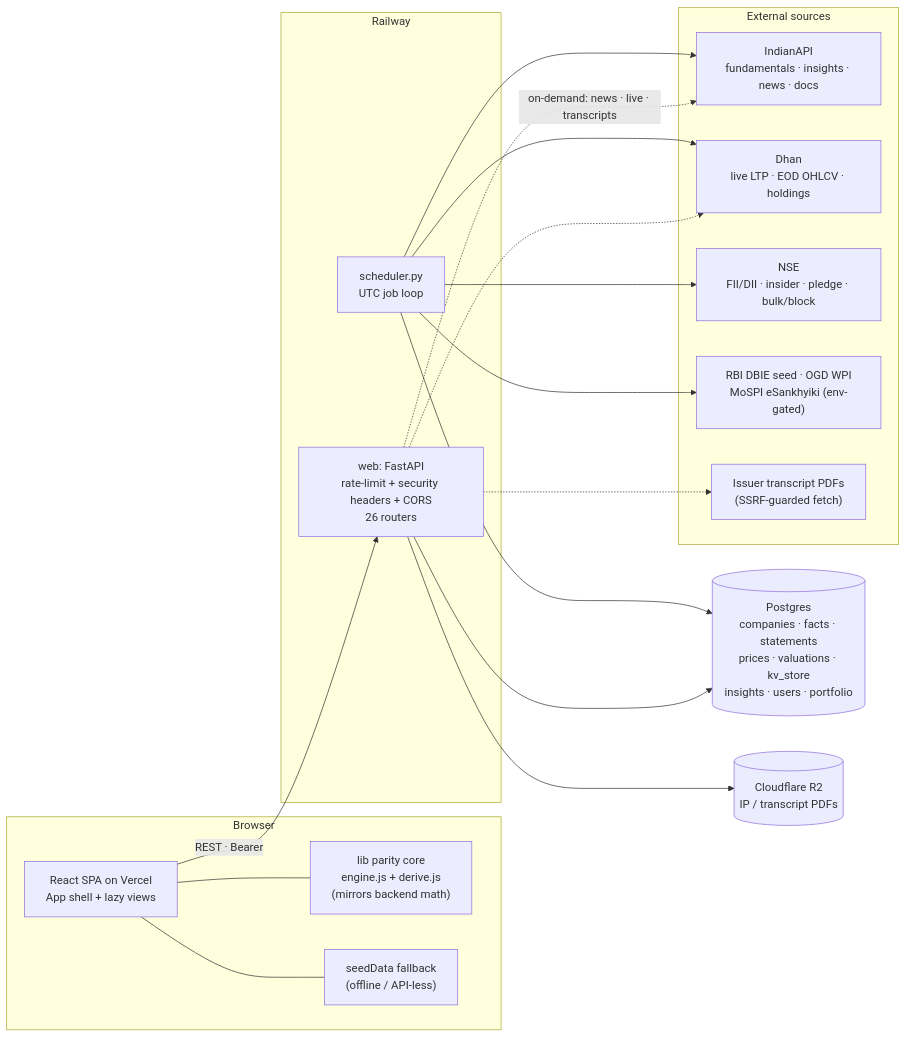
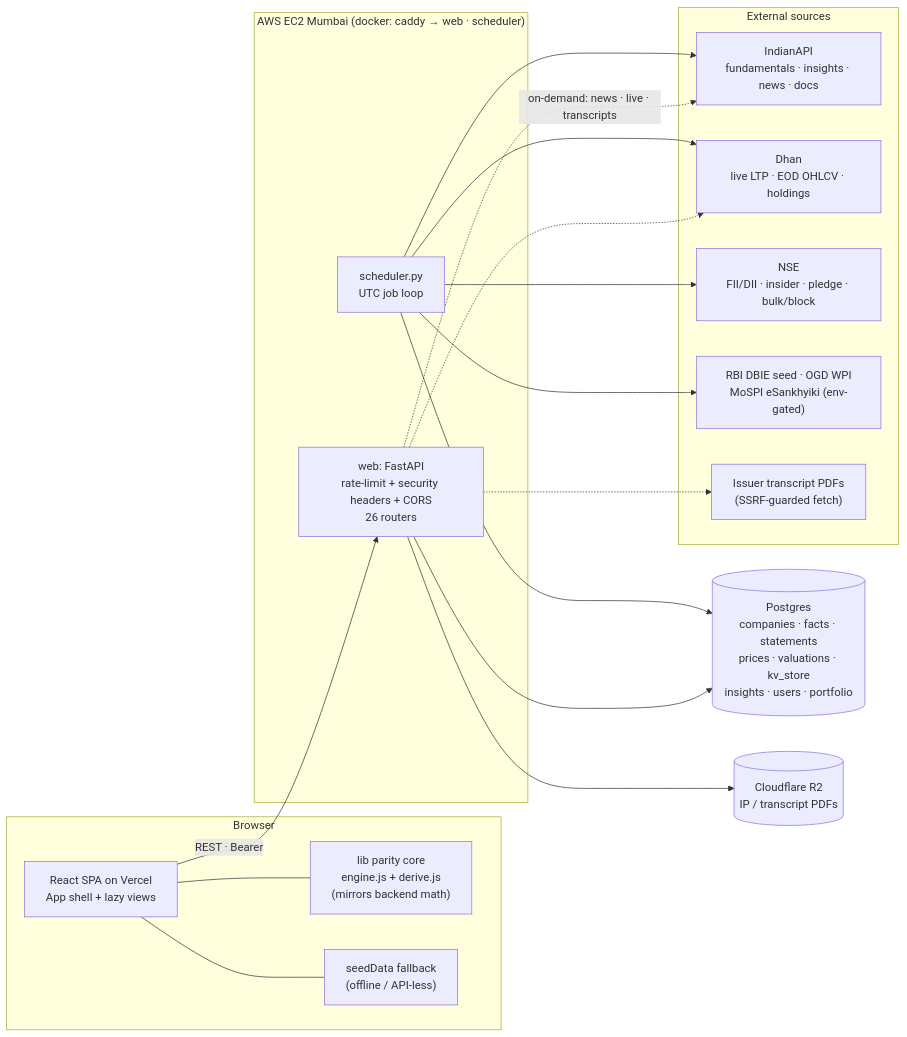
One commit to Manan-Jagtap/equity-terminal-backend changed the first of 2 diagrams in ARCHITECTURE.md. Above: the diagram before and after it, drawn with Mermaid. The commit also changed other lines of this file and 3 other files, not shown here.

First line of the commit message:
Docs: as-built AWS Mumbai topology + EquityVerdict rebrand

````diff
--- a/ARCHITECTURE.md
+++ b/ARCHITECTURE.md
@@ -39,38 +48,38 @@
 ```mermaid
 graph LR
   subgraph Client["Browser"]
     SPA["React SPA on Vercel<br/>App shell + lazy views"]
     CORE["lib parity core<br/>engine.js + derive.js<br/>(mirrors backend math)"]
     SEED["seedData fallback<br/>(offline / API-less)"]
     SPA --- CORE
     SPA --- SEED
   end
 
-  subgraph Railway["Railway"]
+  subgraph AWS["AWS EC2 Mumbai (docker: caddy → web · scheduler)"]
     WEB["web: FastAPI<br/>rate-limit + security headers + CORS<br/>26 routers"]
     SCH["scheduler.py<br/>UTC job loop"]
   end
 
   PG[("Postgres<br/>companies · facts · statements<br/>prices · valuations · kv_store<br/>insights · users · portfolio")]
   R2[("Cloudflare R2<br/>IP / transcript PDFs")]
 
   subgraph External["External sources"]
     IA["IndianAPI<br/>fundamentals · insights · news · docs"]
     DH["Dhan<br/>live LTP · EOD OHLCV · holdings"]
     NSE["NSE<br/>FII/DII · insider · pledge · bulk/block"]
     MAC["RBI DBIE seed · OGD WPI<br/>MoSPI eSankhyiki (env-gated)"]
     PDF["Issuer transcript PDFs<br/>(SSRF-guarded fetch)"]
   end
 
   SPA -- "REST · Bearer" --> WEB
   WEB --> PG
   WEB --> R2
   WEB -. "on-demand: news · live · transcripts" .-> IA
   WEB -.-> DH
   WEB -.-> PDF
   SCH --> PG
   SCH --> IA
   SCH --> DH
   SCH --> NSE
   SCH --> MAC
 ```
````
